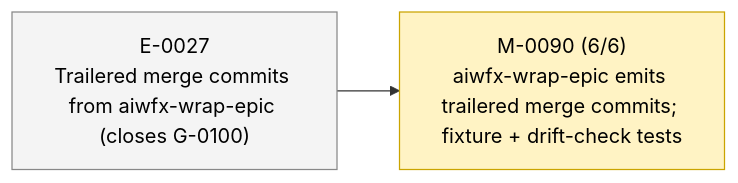
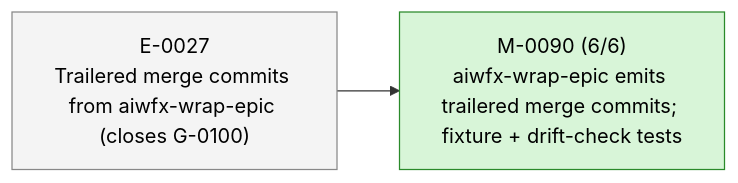
Before and after one commit to 23min/aiwf: the second of 2 diagrams in STATUS.md, drawn with Mermaid. The commit also changed other lines of this file and 1 other file, not shown here.

First line of the commit message:
aiwf promote M-0090 in_progress -> done

````diff
--- a/STATUS.md
+++ b/STATUS.md
@@ -51,12 +51,12 @@
 ```mermaid
 flowchart LR
   E_0027["E-0027<br/>Trailered merge commits from aiwfx-wrap-epic (closes G-0100)"]:::epic_proposed
-  M_0090["M-0090 (6/6)<br/>aiwfx-wrap-epic emits trailered merge commits; fixture + drift-check tests"]:::ms_in_progress
+  M_0090["M-0090 (6/6)<br/>aiwfx-wrap-epic emits trailered merge commits; fixture + drift-check tests"]:::ms_done
   E_0027 --> M_0090
   classDef epic_active fill:#d6eaff,stroke:#1a73e8,color:#000
   classDef epic_proposed fill:#f4f4f4,stroke:#888,color:#000
   classDef ms_done fill:#d8f5d8,stroke:#2a8a2a,color:#000
   classDef ms_in_progress fill:#fff3c4,stroke:#caa400,color:#000
   classDef ms_draft fill:#f4f4f4,stroke:#888,color:#000
   classDef ms_cancelled fill:#fbeaea,stroke:#c33,color:#000
 ```
````
